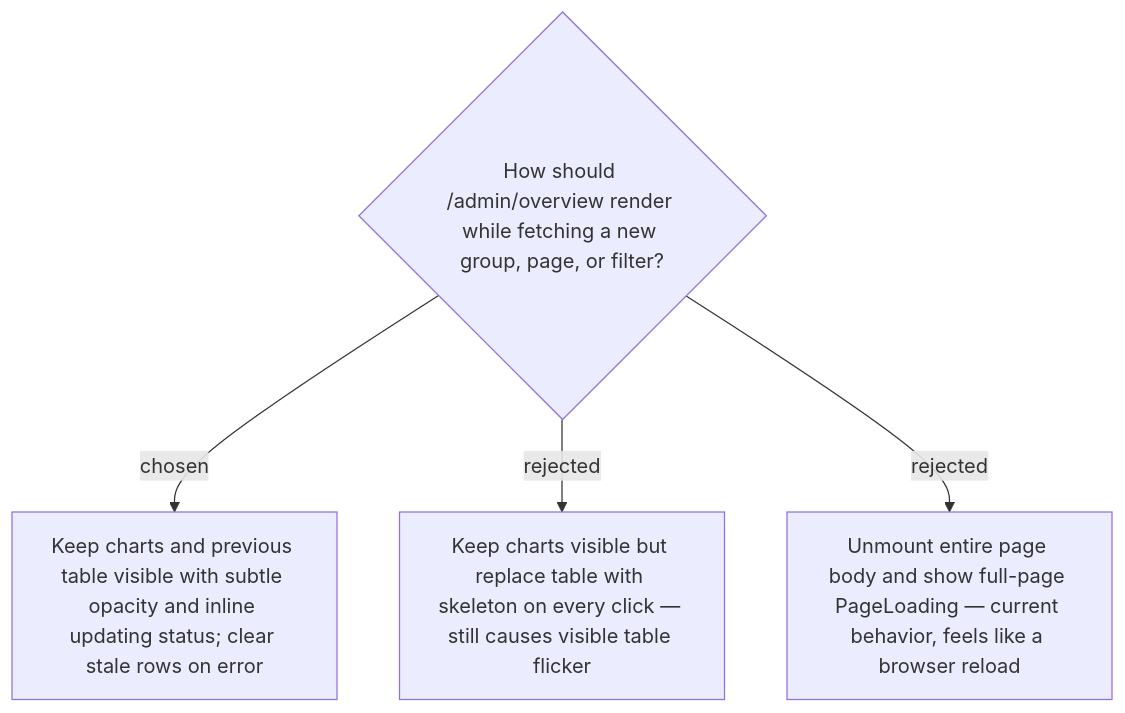
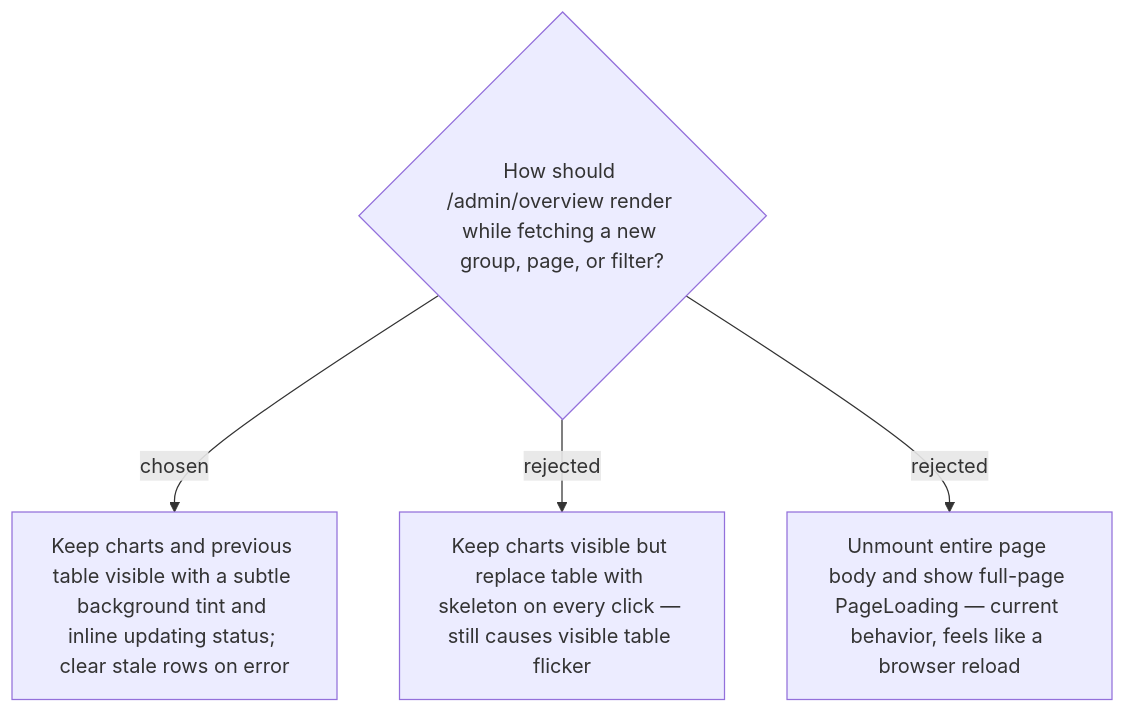
One commit to ThodsaphonSonthiphin/Facility-Real-time-dashboard changed the diagram in docs/adr/facility-0233-overview-smooth-transition-without-page-unmount.md. Above: the diagram before and after it, drawn with Mermaid. The commit also changed other lines of this file and 18 other files, not shown here.

````diff
--- a/docs/adr/facility-0233-overview-smooth-transition-without-page-unmount.md
+++ b/docs/adr/facility-0233-overview-smooth-transition-without-page-unmount.md
@@ -3,7 +3,7 @@
 ```mermaid
 flowchart TD
     Q{"How should /admin/overview render while fetching a new group, page, or filter?"}
-    Q -->|chosen| A["Keep charts and previous table visible with subtle opacity and inline updating status; clear stale rows on error"]
+    Q -->|chosen| A["Keep charts and previous table visible with a subtle background tint and inline updating status; clear stale rows on error"]
     Q -->|rejected| B["Keep charts visible but replace table with skeleton on every click — still causes visible table flicker"]
     Q -->|rejected| C["Unmount entire page body and show full-page PageLoading — current behavior, feels like a browser reload"]
 ```
````
